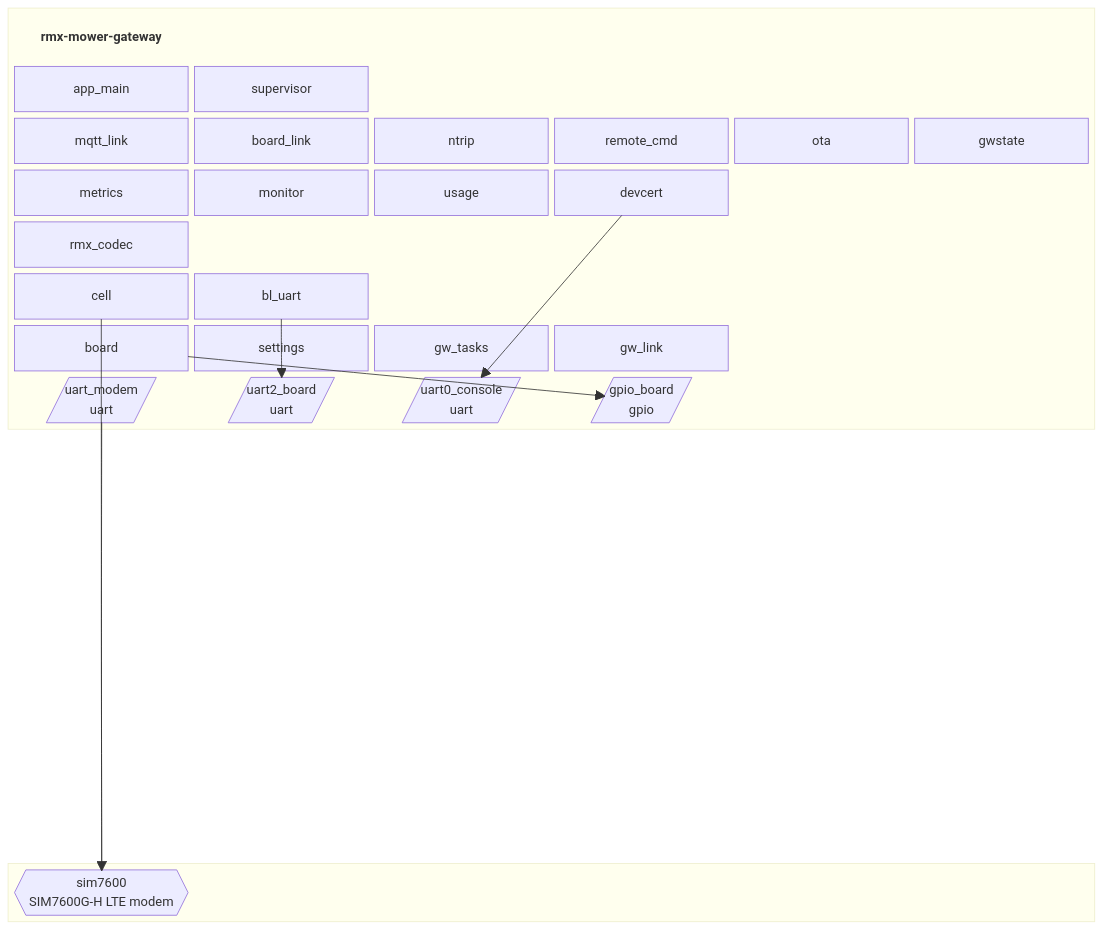
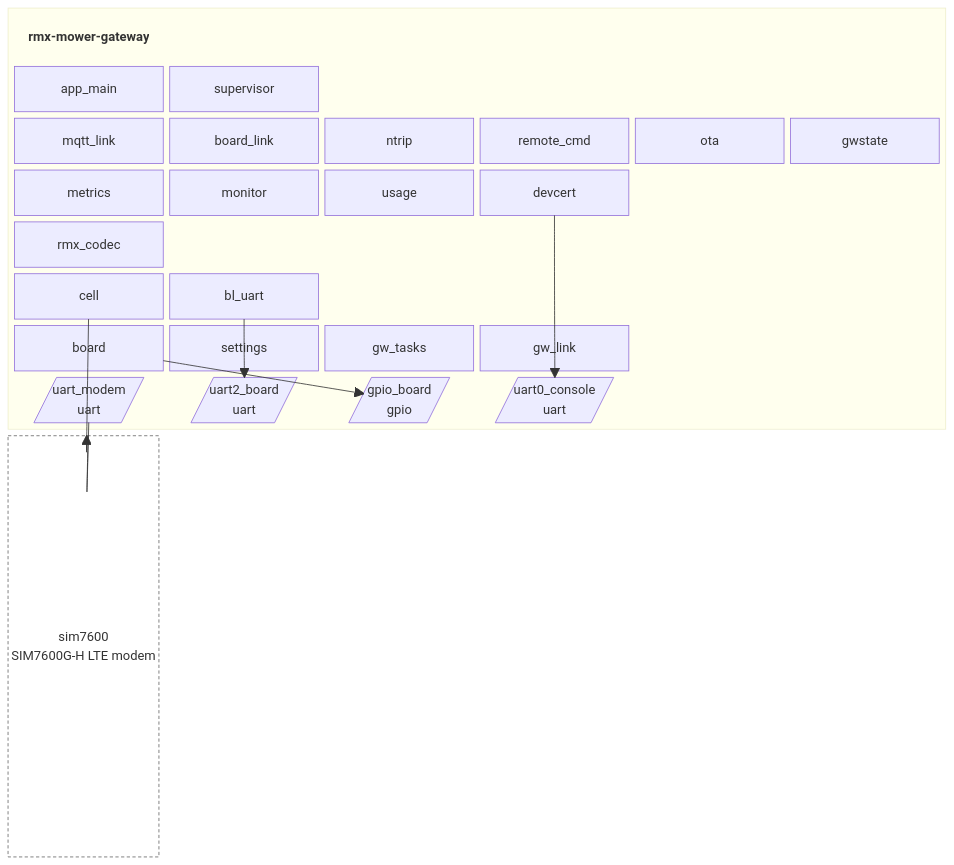
Before and after one commit to jRmx0/esp-architecture: the second of 4 diagrams in examples/gateway/diagrams.md, drawn with Mermaid. The commit also changed 2 other files, not shown here.

Commit message:
Align buses under their driver and devices under their bus
Devices move from a nested block, which GitHub did not draw, to the
outer grid.

````diff
--- a/examples/gateway/diagrams.md
+++ b/examples/gateway/diagrams.md
@@ -27,67 +27,65 @@
 ```mermaid
 block-beta
-  columns 1
-  block:chip
+  columns 6
+  block:chip:6
     columns 6
     chip_title["<b>rmx-mower-gateway</b>"]:6
     n_app_main["app_main"]
     n_supervisor["supervisor"]
     space
     space
     space
     space
     n_mqtt_link["mqtt_link"]
     n_board_link["board_link"]
     n_ntrip["ntrip"]
     n_remote_cmd["remote_cmd"]
     n_ota["ota"]
     n_gwstate["gwstate"]
     n_metrics["metrics"]
     n_monitor["monitor"]
     n_usage["usage"]
     n_devcert["devcert"]
     space
     space
     n_rmx_codec["rmx_codec"]
     space
     space
     space
     space
     space
     n_cell["cell"]
     n_bl_uart["bl_uart"]
     space
     space
     space
     space
     n_board["board"]
     n_settings["settings"]
     n_gw_tasks["gw_tasks"]
     n_gw_link["gw_link"]
     space
     space
     n_uart_modem[/"uart_modem<br/>uart"/]
     n_uart2_board[/"uart2_board<br/>uart"/]
+    n_gpio_board[/"gpio_board<br/>gpio"/]
     n_uart0_console[/"uart0_console<br/>uart"/]
-    n_gpio_board[/"gpio_board<br/>gpio"/]
     space
     space
   end
+  n_sim7600["sim7600<br/>SIM7600G-H LTE modem"]
   space
-  block:outside
-    columns 6
-    n_sim7600{{"sim7600<br/>SIM7600G-H LTE modem"}}
-    space
-    space
-    space
-    space
-    space
-  end
+  space
+  space
+  space
+  space
   n_devcert --> n_uart0_console
   n_cell --> n_sim7600
   n_bl_uart --> n_uart2_board
   n_board --> n_gpio_board
   n_uart_modem --- n_sim7600
   classDef title fill:none,stroke:none
+  classDef device fill:#fff,stroke:#666,stroke-dasharray:4 3
   class chip_title title
+  class n_sim7600 device
 ```
````
